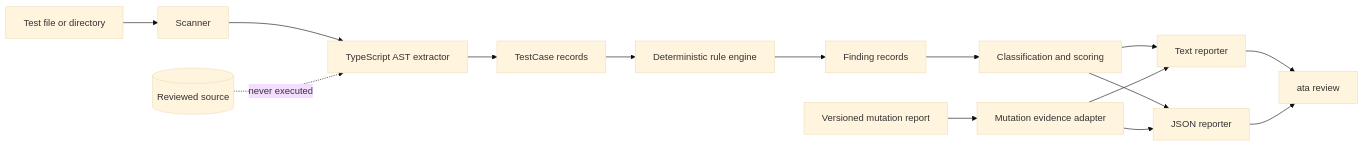
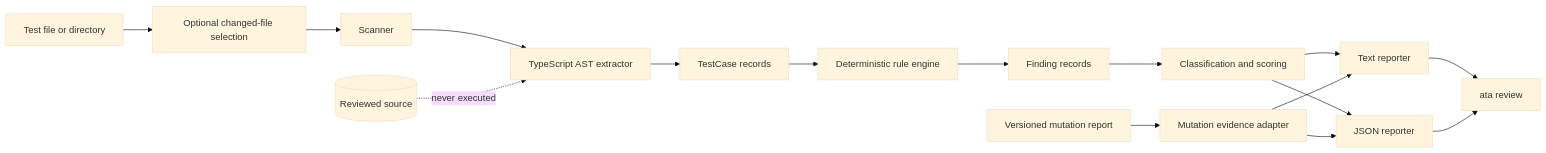
One commit to AI-Native-QA-Lab/ai-test-auditor changed the diagram in docs/architecture.md. Above: the diagram before and after it, drawn with Mermaid (base theme). The commit also changed other lines of this file and 33 other files, not shown here.

````diff
--- a/docs/architecture.md
+++ b/docs/architecture.md
@@ -14,17 +14,18 @@
 ```mermaid
 flowchart LR
-  Input[Test file or directory] --> Scanner[Scanner]
+  Input[Test file or directory] --> Selection[Optional changed-file selection]
+  Selection --> Scanner[Scanner]
   Scanner --> Extractor[TypeScript AST extractor]
   Extractor --> Cases[TestCase records]
   Cases --> Rules[Deterministic rule engine]
   Rules --> Findings[Finding records]
   Findings --> Audit[Classification and scoring]
   Audit --> Text[Text reporter]
   Audit --> Json[JSON reporter]
   Mutation[Versioned mutation report] --> MutationAdapter[Mutation evidence adapter]
   MutationAdapter --> Text
   MutationAdapter --> Json
   Text --> CLI[ata review]
   Json --> CLI
   Source[(Reviewed source)] -. never executed .-> Extractor
 ```
````
